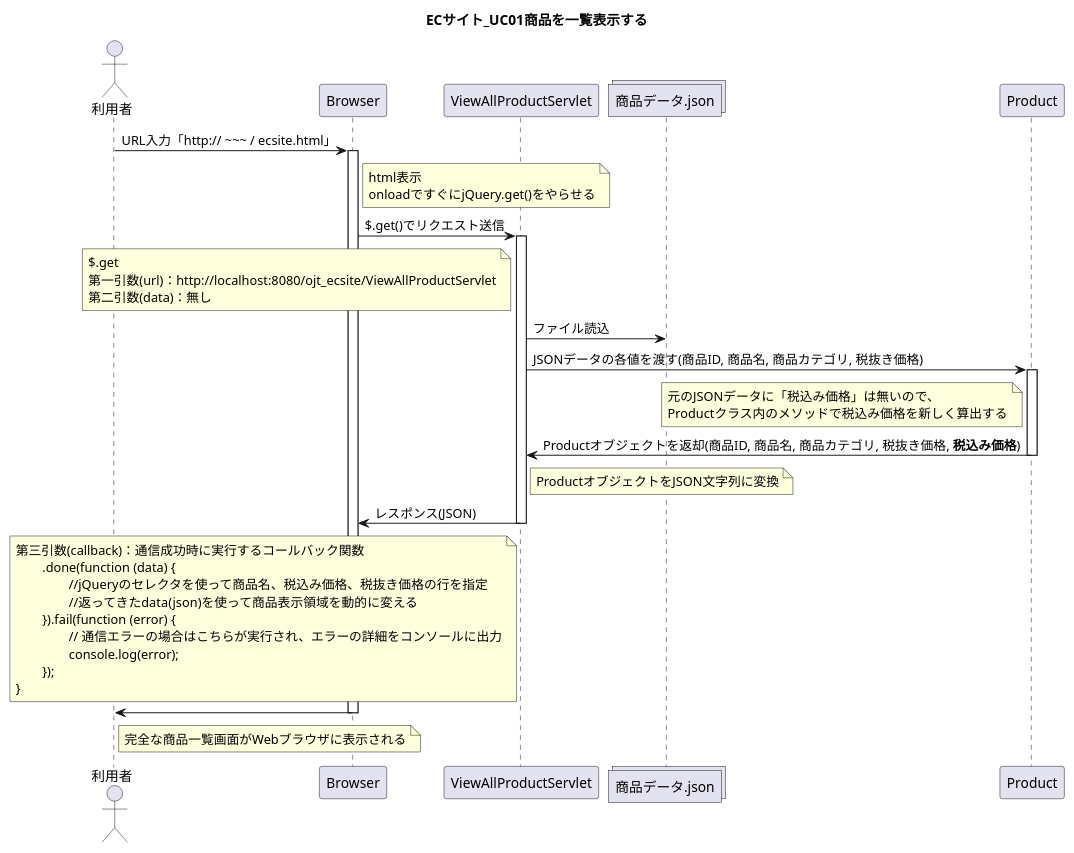
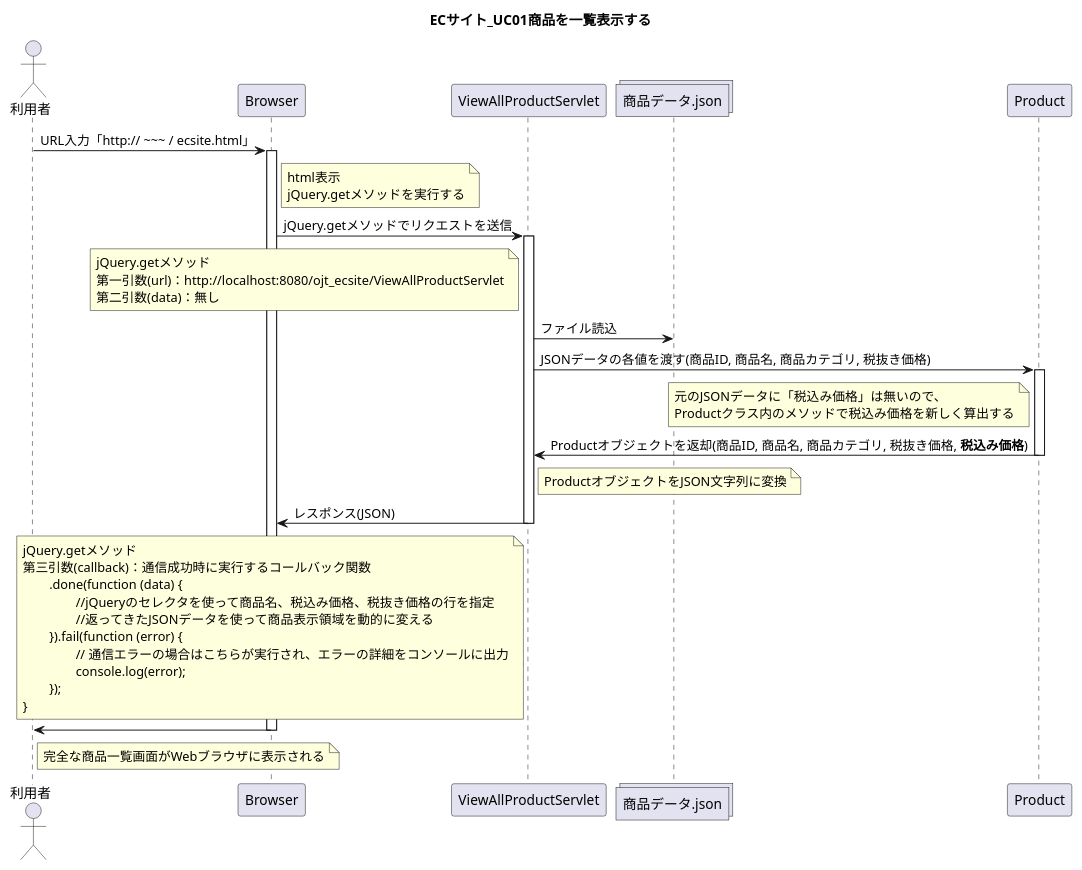
Before and after one commit to wnakayama/ojt_ecsite: the diagram in UML/Sequence01.puml, drawn with PlantUML. The commit also changed 1 other file, not shown here.

Commit message:
fix sequence01

```diff
--- a/UML/Sequence01.puml
+++ b/UML/Sequence01.puml
@@ -1,62 +1,63 @@
 @startuml
 title ECサイト_UC01商品を一覧表示する
 
 actor 利用者
 
 利用者 -> Browser : URL入力「http:// ~~~ / ecsite.html」
 activate Browser
 note right of Browser
 html表示
-onloadですぐにjQuery.get()をやらせる
+jQuery.getメソッドを実行する
 end note
 
-Browser -> ViewAllProductServlet : $.get()でリクエスト送信
+Browser -> ViewAllProductServlet : jQuery.getメソッドでリクエストを送信
 activate ViewAllProductServlet
 
 note left of ViewAllProductServlet
-$.get
+jQuery.getメソッド
 第一引数(url)：http://localhost:8080/ojt_ecsite/ViewAllProductServlet
 第二引数(data)：無し
 end note
 
 collections 商品データ.json
 ViewAllProductServlet -> 商品データ.json : ファイル読込
 ViewAllProductServlet -> Product : JSONデータの各値を渡す(商品ID, 商品名, 商品カテゴリ, 税抜き価格)
 activate Product
 
 
 note left of Product
 元のJSONデータに「税込み価格」は無いので、
 Productクラス内のメソッドで税込み価格を新しく算出する
 end note
 ViewAllProductServlet <- Product : Productオブジェクトを返却(商品ID, 商品名, 商品カテゴリ, 税抜き価格, **税込み価格**)
 
 deactivate Product
 
 note right of ViewAllProductServlet
 ProductオブジェクトをJSON文字列に変換
 end note
 Browser <- ViewAllProductServlet : レスポンス(JSON)
 
 note left of ViewAllProductServlet
+jQuery.getメソッド
 第三引数(callback)：通信成功時に実行するコールバック関数
 	.done(function (data) {
 		//jQueryのセレクタを使って商品名、税込み価格、税抜き価格の行を指定
-    		//返ってきたdata(json)を使って商品表示領域を動的に変える
+    		//返ってきたJSONデータを使って商品表示領域を動的に変える
 	}).fail(function (error) {
 		// 通信エラーの場合はこちらが実行され、エラーの詳細をコンソールに出力
 		console.log(error);
 	});
 }
 end note
 
 deactivate ViewAllProductServlet
 
 利用者 <- Browser
 note right of 利用者
 完全な商品一覧画面がWebブラウザに表示される
 end note
 
 deactivate Browser
 
 @enduml
```
